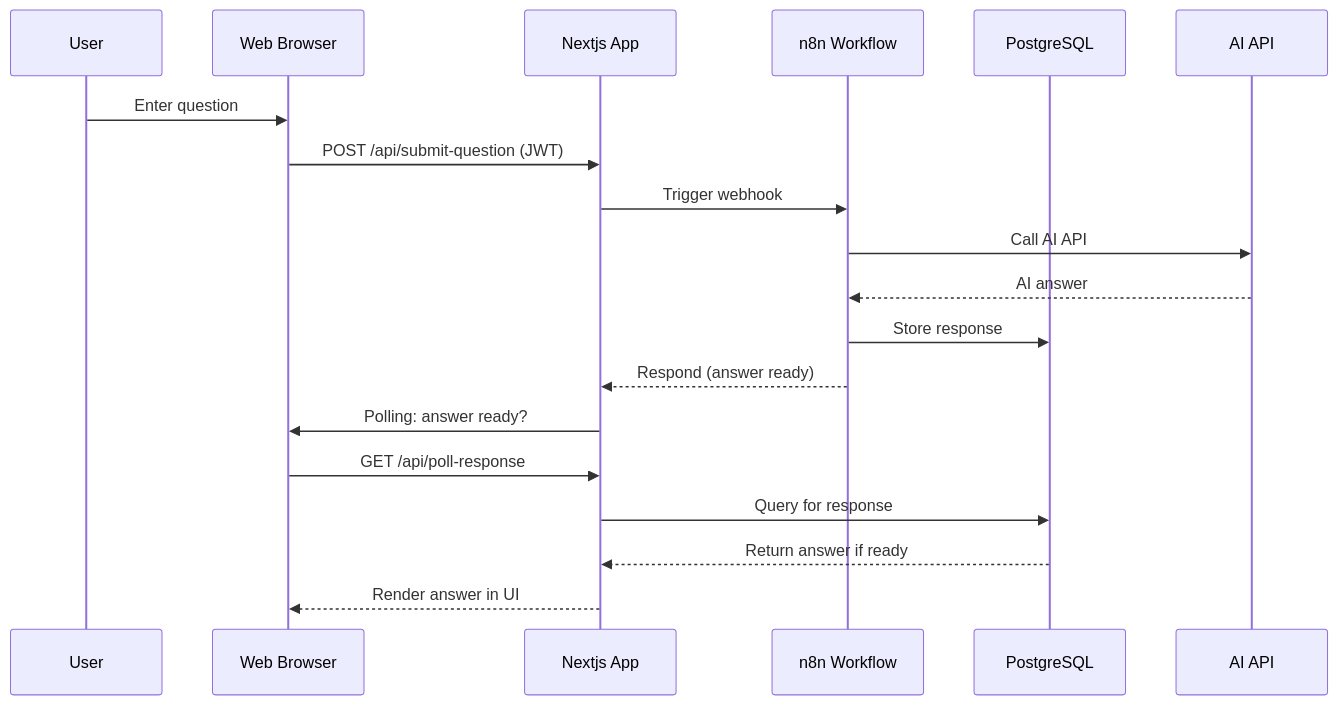
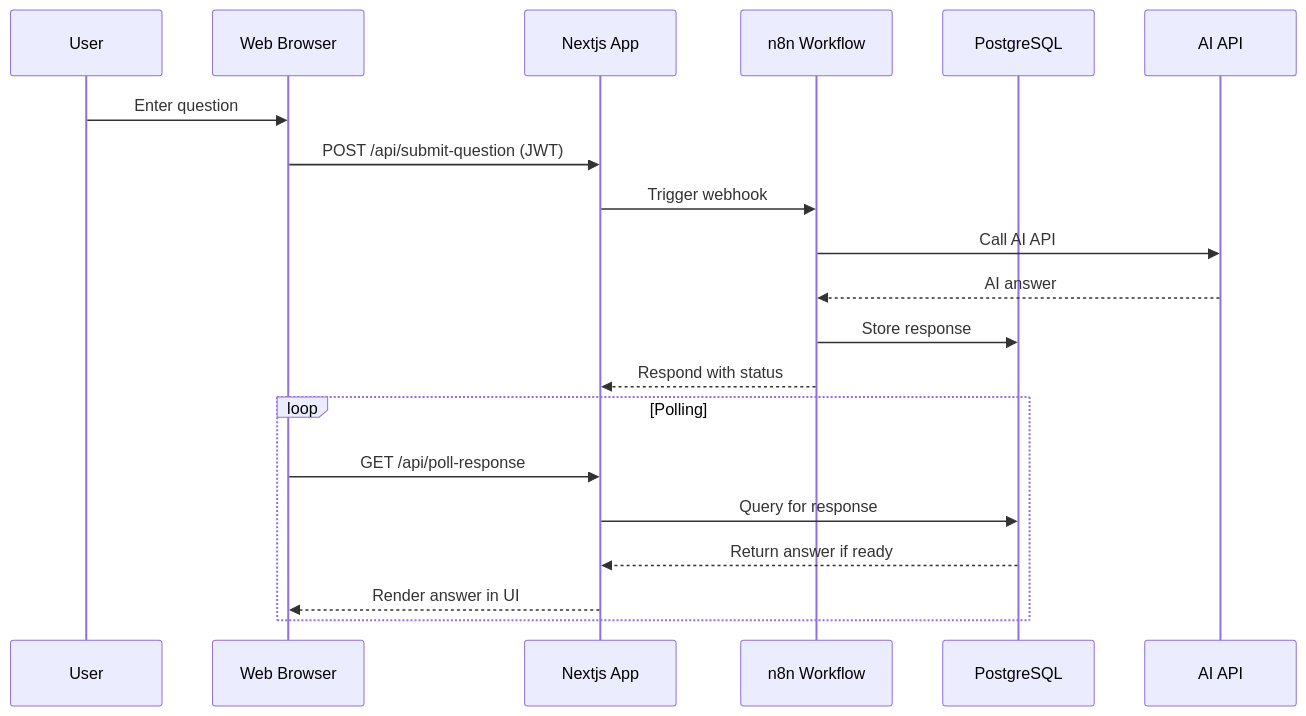
The diagram in README.md (DanielMadsenDK/servicenow-helper), drawn with Mermaid before and after one commit.

Commit message:
Update README.md
Fix mermaid diagram

````diff
--- a/README.md
+++ b/README.md
@@ -47,22 +47,23 @@
 ```mermaid
 sequenceDiagram
     participant U as User
     participant B as Web Browser
     participant N as Nextjs App
     participant W as n8n Workflow
     participant D as PostgreSQL
     participant A as AI API
 
     U->>B: Enter question
     B->>N: POST /api/submit-question (JWT)
     N->>W: Trigger webhook
     W->>A: Call AI API
     A-->>W: AI answer
     W->>D: Store response
-    W-->>N: Respond (answer ready)
-    N->>B: Polling: answer ready?
-    B->>N: GET /api/poll-response
-    N->>D: Query for response
-    D-->>N: Return answer if ready
-    N-->>B: Render answer in UI
+    W-->>N: Respond with status
+    loop Polling
+        B->>N: GET /api/poll-response
+        N->>D: Query for response
+        D-->>N: Return answer if ready
+        N-->>B: Render answer in UI
+    end
 ```
````
